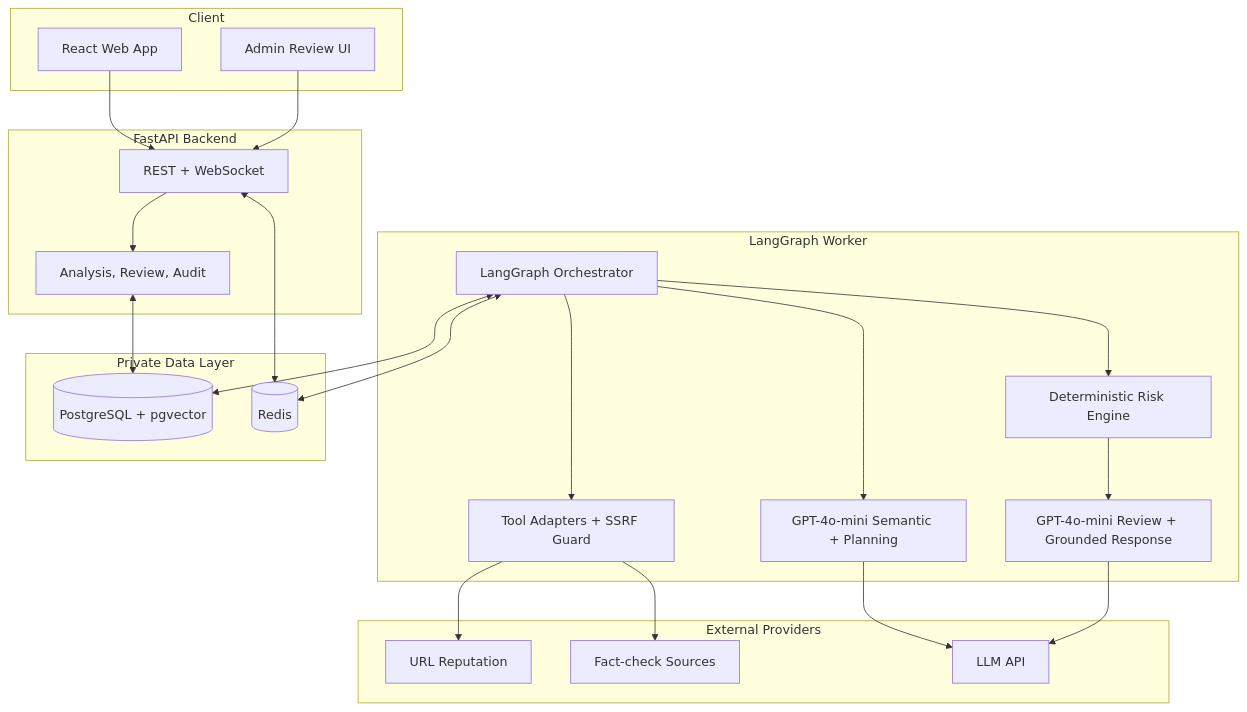
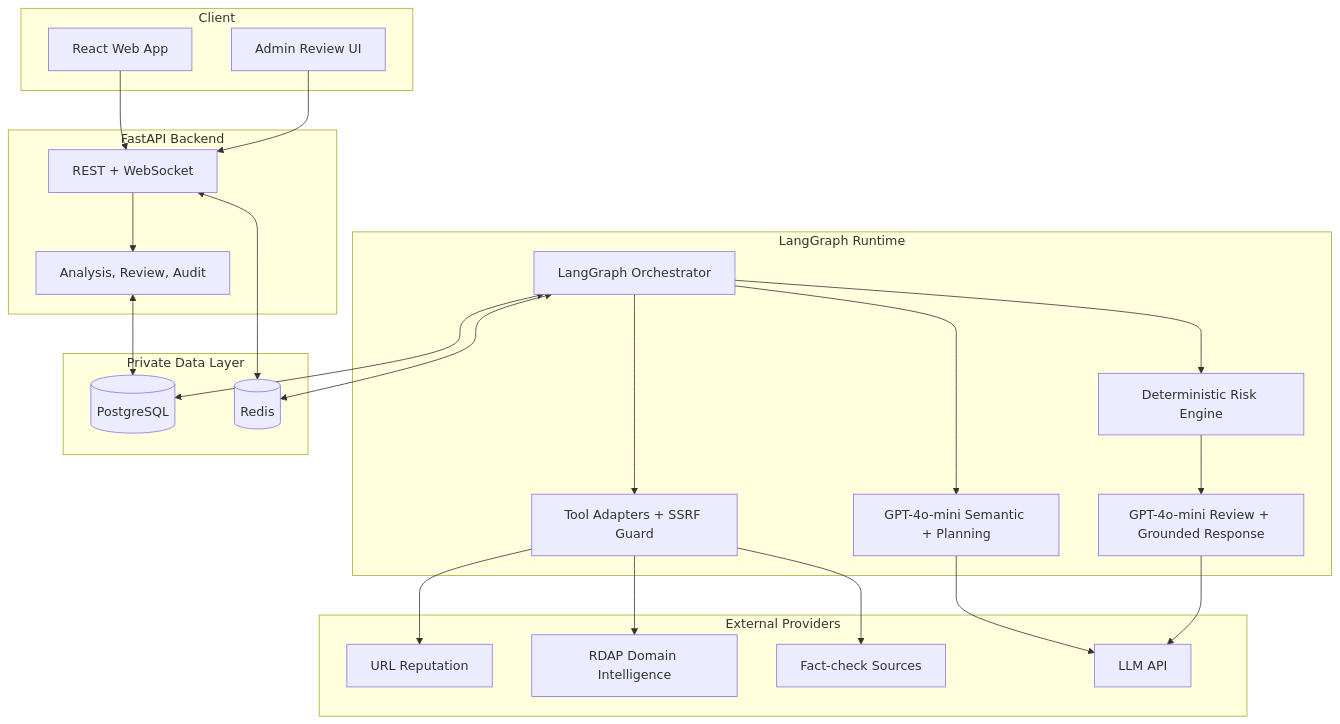
One commit to Binhdn04/TrustGuard-AI changed the first of 3 diagrams in docs/01-ARCHITECTURE.md. Above: the diagram before and after it, drawn with Mermaid. The commit also changed other lines of this file and 3 other files, not shown here.

````diff
--- a/docs/01-ARCHITECTURE.md
+++ b/docs/01-ARCHITECTURE.md
@@ -7,43 +7,45 @@
 ```mermaid
 flowchart TB
     subgraph Client["Client"]
         UI["React Web App"]
         Admin["Admin Review UI"]
     end
     subgraph Backend["FastAPI Backend"]
         API["REST + WebSocket"]
         Services["Analysis, Review, Audit"]
     end
-    subgraph Agent["LangGraph Worker"]
+    subgraph Agent["LangGraph Runtime"]
         Graph["LangGraph Orchestrator"]
         Semantic["GPT-4o-mini Semantic + Planning"]
         Risk["Deterministic Risk Engine"]
         Grounding["GPT-4o-mini Review + Grounded Response"]
         Adapters["Tool Adapters + SSRF Guard"]
     end
     subgraph Data["Private Data Layer"]
-        DB[("PostgreSQL + pgvector")]
+        DB[("PostgreSQL")]
         Redis[("Redis")]
     end
     subgraph External["External Providers"]
         Reputation["URL Reputation"]
+        Whois["RDAP Domain Intelligence"]
         FactCheck["Fact-check Sources"]
         LLM["LLM API"]
     end
 
     UI --> API
     Admin --> API
     API --> Services
     Services <--> DB
     API <--> Redis
     Graph <--> Redis
     Graph --> Risk
     Graph --> Semantic
     Risk --> Grounding
     Graph --> Adapters
     Adapters --> Reputation
+    Adapters --> Whois
     Adapters --> FactCheck
     Semantic --> LLM
     Grounding --> LLM
     Graph <--> DB
 ```
````
